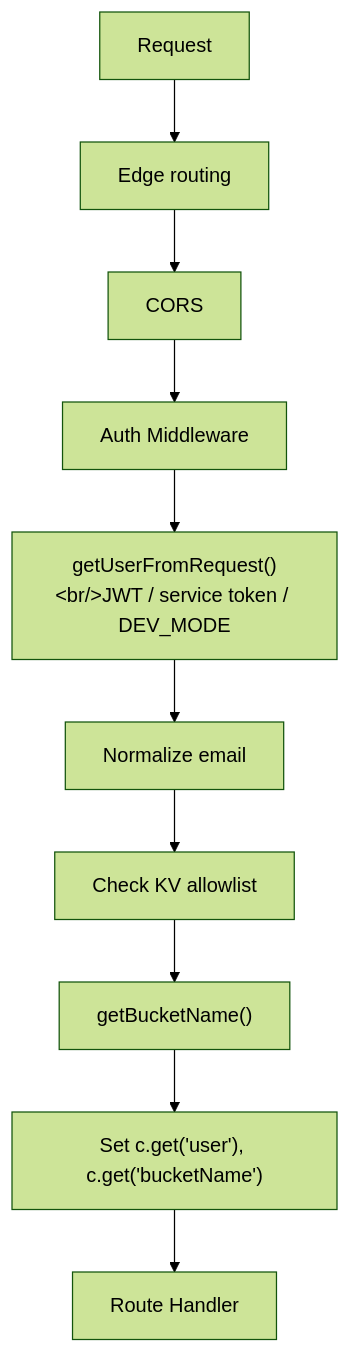
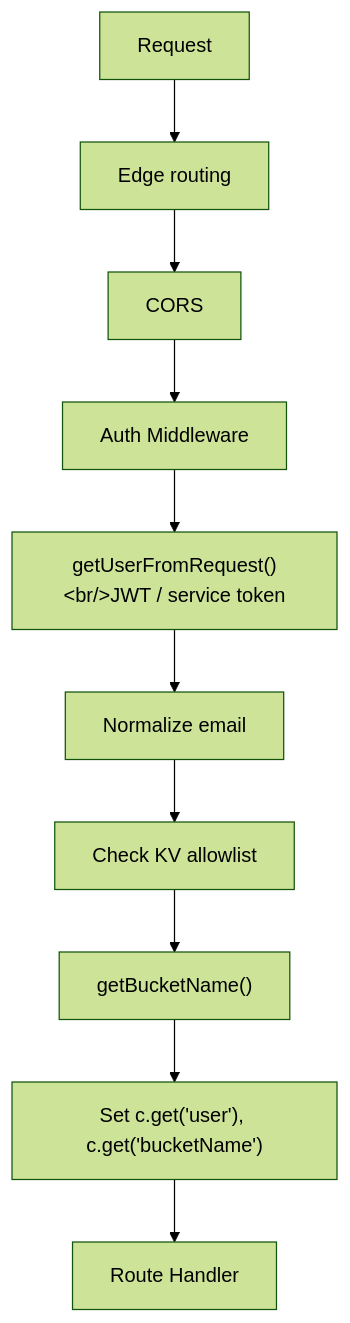
Diagram 11 of 12 in TECHNICAL.md (nikolanovoselec/codeflare), drawn with Mermaid (forest theme) before and after one commit. The commit also changed other lines of this file and 1 other file, not shown here.

````diff
--- a/TECHNICAL.md
+++ b/TECHNICAL.md
@@ -503,12 +503,12 @@
 ```mermaid
 flowchart TD
     A[Request] --> B[Edge routing]
     B --> C[CORS]
     C --> D[Auth Middleware]
-    D --> E["getUserFromRequest()&lt;br/&gt;JWT / service token / DEV_MODE"]
+    D --> E["getUserFromRequest()&lt;br/&gt;JWT / service token"]
     E --> F[Normalize email]
     F --> G[Check KV allowlist]
     G --> H["getBucketName()"]
     H --> I["Set c.get('user'), c.get('bucketName')"]
     I --> J[Route Handler]
 ```
````
